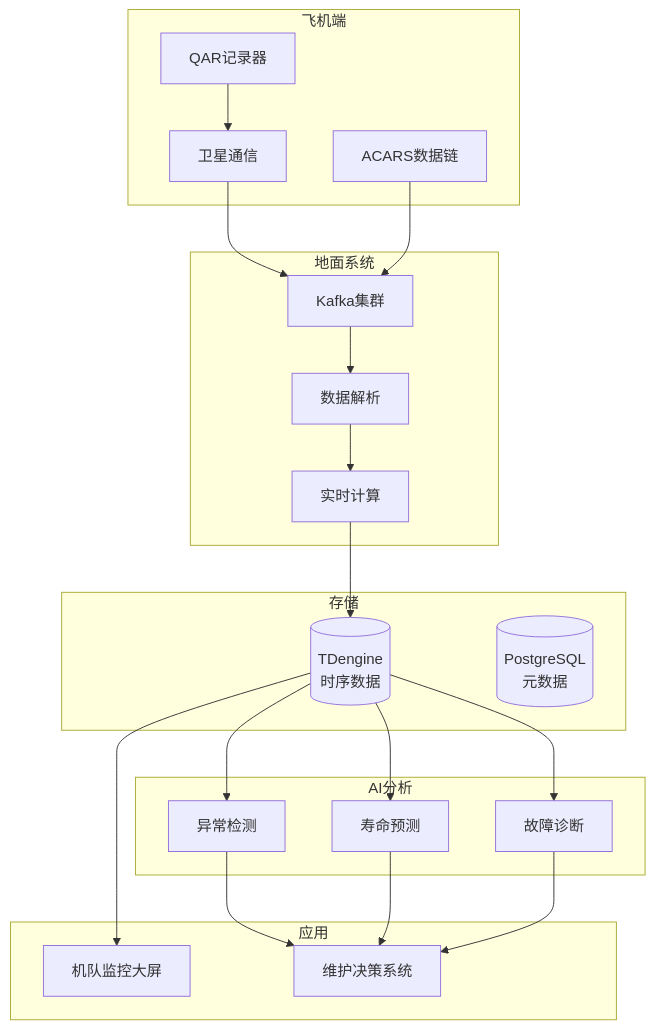
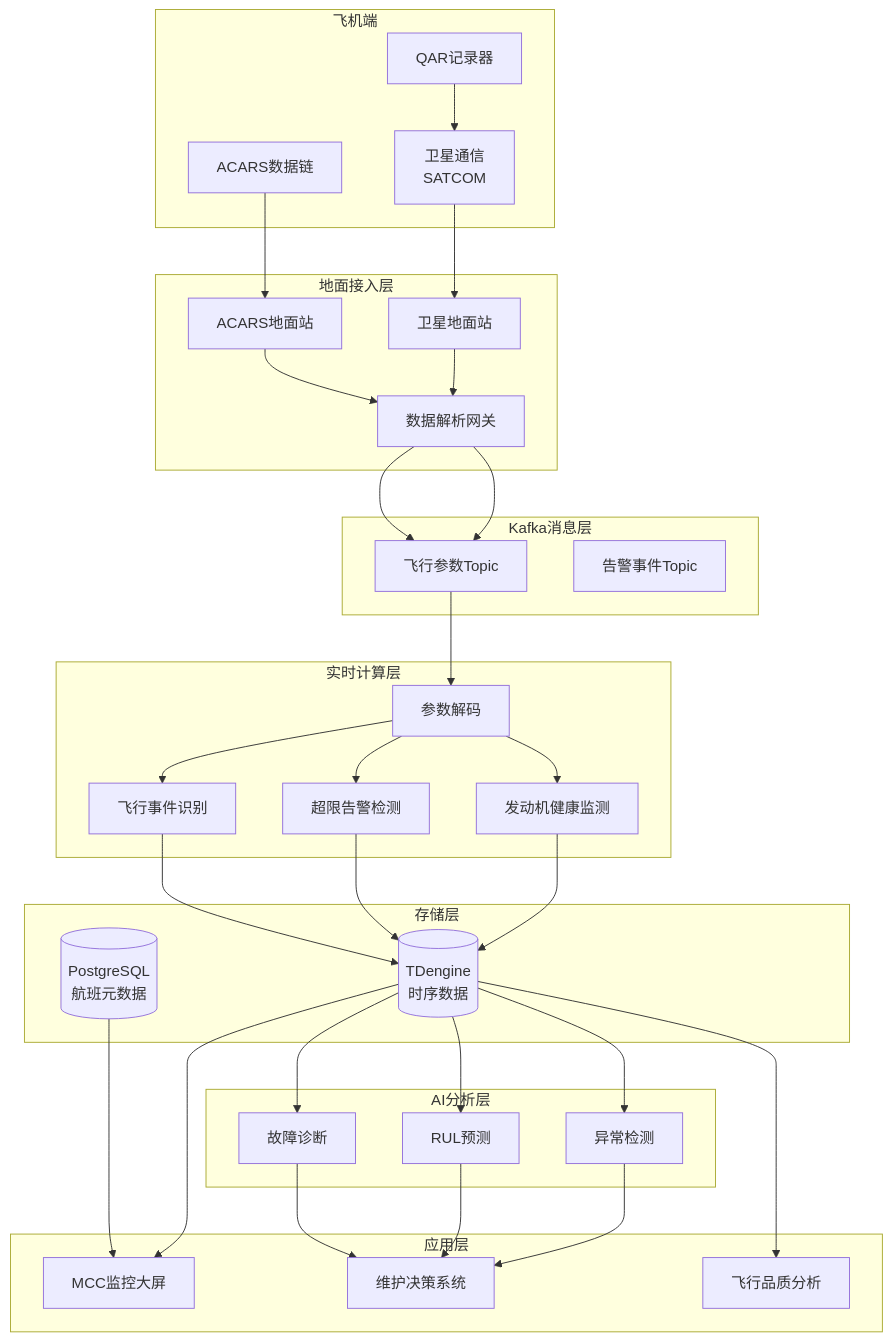
One commit to AdaMartin18010/AnalysisDataFlow changed the diagram in phase2-case-studies/aerospace/11.7.1-flight-data.md. Above: the diagram before and after it, drawn with Mermaid. The commit also changed other lines of this file and 254 other files, not shown here.

````diff
--- a/phase2-case-studies/aerospace/11.7.1-flight-data.md
+++ b/phase2-case-studies/aerospace/11.7.1-flight-data.md
@@ -40,35 +143,44 @@
 ```mermaid
 graph TB
     subgraph Aircraft[飞机端]
-        QAR[QAR记录器]
-        ACARS[ACARS数据链]
-        SATCOM[卫星通信]
+        Q1[QAR记录器]
+        A1[ACARS数据链]
+        S1[卫星通信<br/>SATCOM]
     end
-    
-    subgraph Ground[地面系统]
-        K1[Kafka集群]
-        F1[数据解析]
-        F2[实时计算]
+    subgraph Ground[地面接入层]
+        G1[ACARS地面站]
+        G2[卫星地面站]
+        G3[数据解析网关]
     end
-    
-    subgraph Storage[存储]
-        TD[(TDengine<br/>时序数据)]
-        PG[(PostgreSQL<br/>元数据)]
+    subgraph Kafka[Kafka消息层]
+        K1[飞行参数Topic]
+        K2[告警事件Topic]
     end
-    
-    subgraph AI[AI分析]
-        M1[异常检测]
-        M2[寿命预测]
-        M3[故障诊断]
+    subgraph Flink[实时计算层]
+        F1[参数解码]
+        F2[发动机健康监测]
+        F3[超限告警检测]
+        F4[飞行事件识别]
     end
-    
-    subgraph App[应用]
-        A1[机队监控大屏]
-        A2[维护决策系统]
+    subgraph Storage[存储层]
+        DB1[(TDengine<br/>时序数据)]
+        DB2[(PostgreSQL<br/>航班元数据)]
     end
-    
-    QAR --> SATCOM --> K1 --> F1 --> F2 --> TD
-    ACARS --> K1
-    TD --> M1 & M2 & M3 --> A2
-    TD --> A1
+    subgraph AI[AI分析层]
+        AI1[异常检测]
+        AI2[RUL预测]
+        AI3[故障诊断]
+    end
+    subgraph App[应用层]
+        APP1[MCC监控大屏]
+        APP2[维护决策系统]
+        APP3[飞行品质分析]
+    end
+    Q1 --> S1 --> G2 --> G3 --> K1
+    A1 --> G1 --> G3 --> K1
+    K1 --> F1 --> F2 & F3 & F4 --> DB1
+    DB1 --> AI1 & AI2 & AI3 --> APP2
+    DB1 --> APP1 & APP3
+    DB2 --> APP1
+
 ```
````
